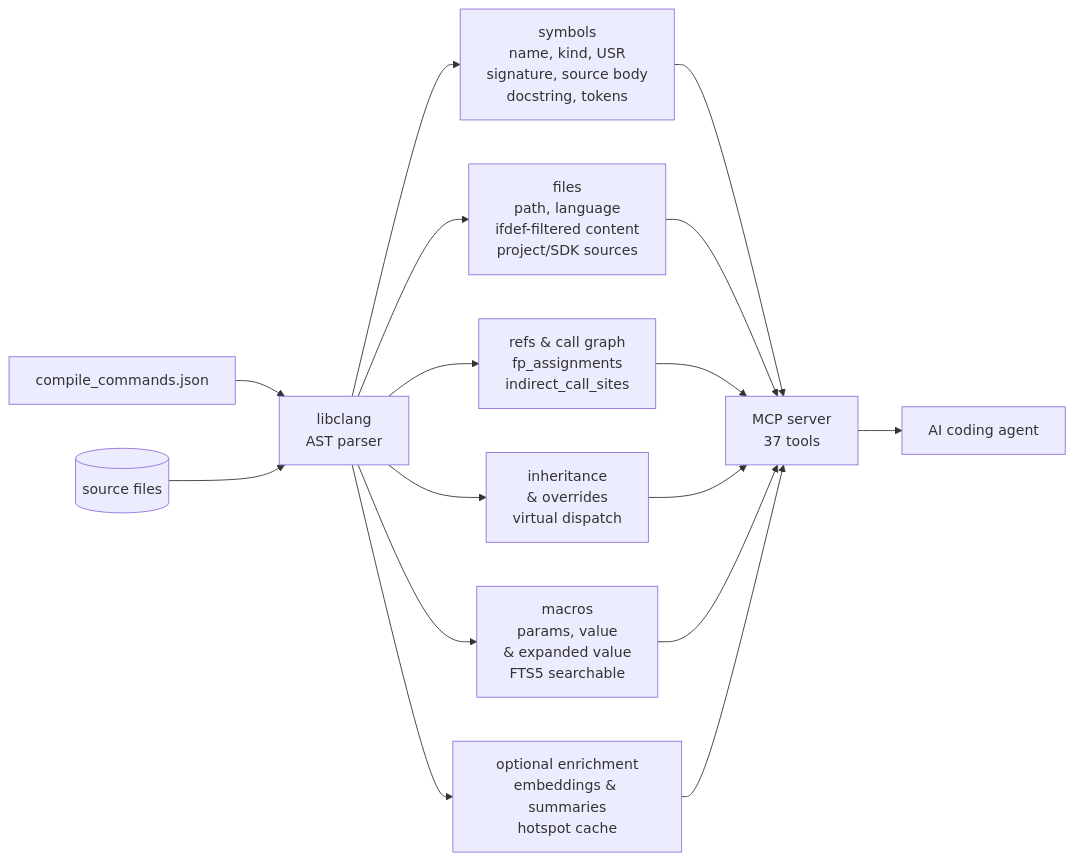
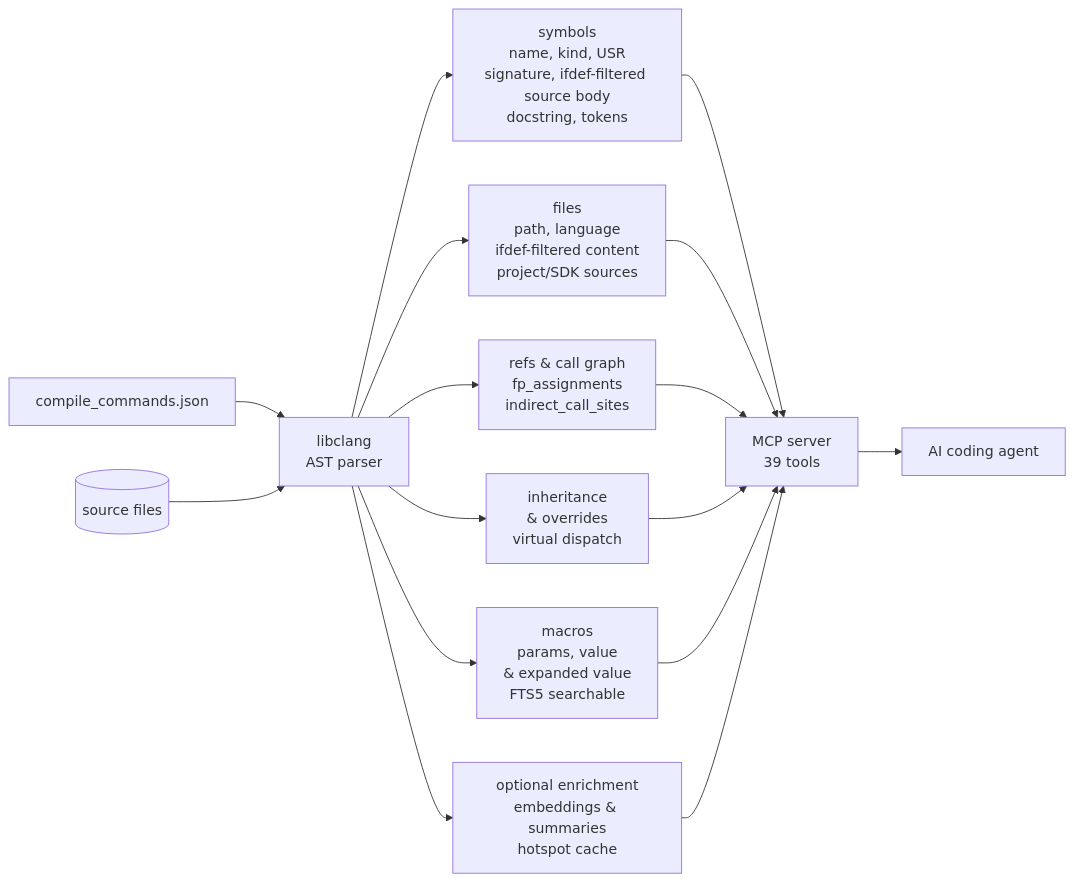
Before and after one commit to turbyho/fw-context-mcp: the diagram in README.md, drawn with Mermaid. The commit also changed other lines of this file and 5 other files, not shown here.

````diff
--- a/README.md
+++ b/README.md
@@ -112,7 +112,7 @@
 ```mermaid
 flowchart LR
     CCJ[compile_commands.json] & SRC[(source files)] --> LIBCLANG[libclang<br/>AST parser]
-    LIBCLANG --> SYMBOLS[symbols<br/>name, kind, USR<br/>signature, source body<br/>docstring, tokens] & FILES[files<br/>path, language<br/>ifdef-filtered content<br/>project/SDK sources] & REFS[refs &amp; call graph<br/>fp_assignments<br/>indirect_call_sites] & INHERIT[inheritance<br/>&amp; overrides<br/>virtual dispatch] & MACROS[macros<br/>params, value<br/>&amp; expanded value<br/>FTS5 searchable] & ENRICH[optional enrichment<br/>embeddings &amp; summaries<br/>hotspot cache]
-    SYMBOLS & FILES & REFS & INHERIT & MACROS & ENRICH --> MCP[MCP server<br/>37 tools]
+    LIBCLANG --> SYMBOLS[symbols<br/>name, kind, USR<br/>signature, ifdef-filtered source body<br/>docstring, tokens] & FILES[files<br/>path, language<br/>ifdef-filtered content<br/>project/SDK sources] & REFS[refs &amp; call graph<br/>fp_assignments<br/>indirect_call_sites] & INHERIT[inheritance<br/>&amp; overrides<br/>virtual dispatch] & MACROS[macros<br/>params, value<br/>&amp; expanded value<br/>FTS5 searchable] & ENRICH[optional enrichment<br/>embeddings &amp; summaries<br/>hotspot cache]
+    SYMBOLS & FILES & REFS & INHERIT & MACROS & ENRICH --> MCP[MCP server<br/>39 tools]
     MCP --> LLM[AI coding agent]
 ```
````
